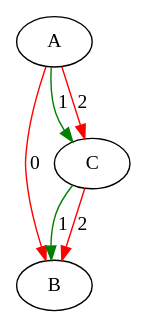
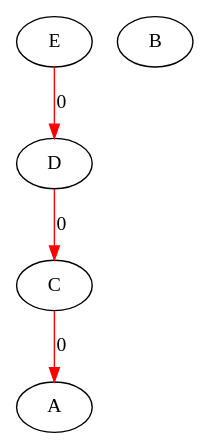
Before and after one commit to Hebbe1234/ExpectAll: the diagram in src/assignedGraphs/assigned.dot, drawn with Graphviz. The commit also changed 2 other files, not shown here.

```diff
--- a/src/assignedGraphs/assigned.dot
+++ b/src/assignedGraphs/assigned.dot
@@ -1,10 +1,10 @@
 digraph "G" {
 A [id=0];
 B [id=1];
 C [id=2];
-A -> B  [color=red, key=0, label=0];
-A -> C  [color=green, key=0, label=1];
-A -> C  [color=red, key=1, label=2];
-C -> B  [color=green, key=0, label=1];
-C -> B  [color=red, key=1, label=2];
+D [id=3];
+E [id=4];
+C -> A  [color=red, key=0, label=0];
+D -> C  [color=red, key=0, label=0];
+E -> D  [color=red, key=0, label=0];
 }
```
